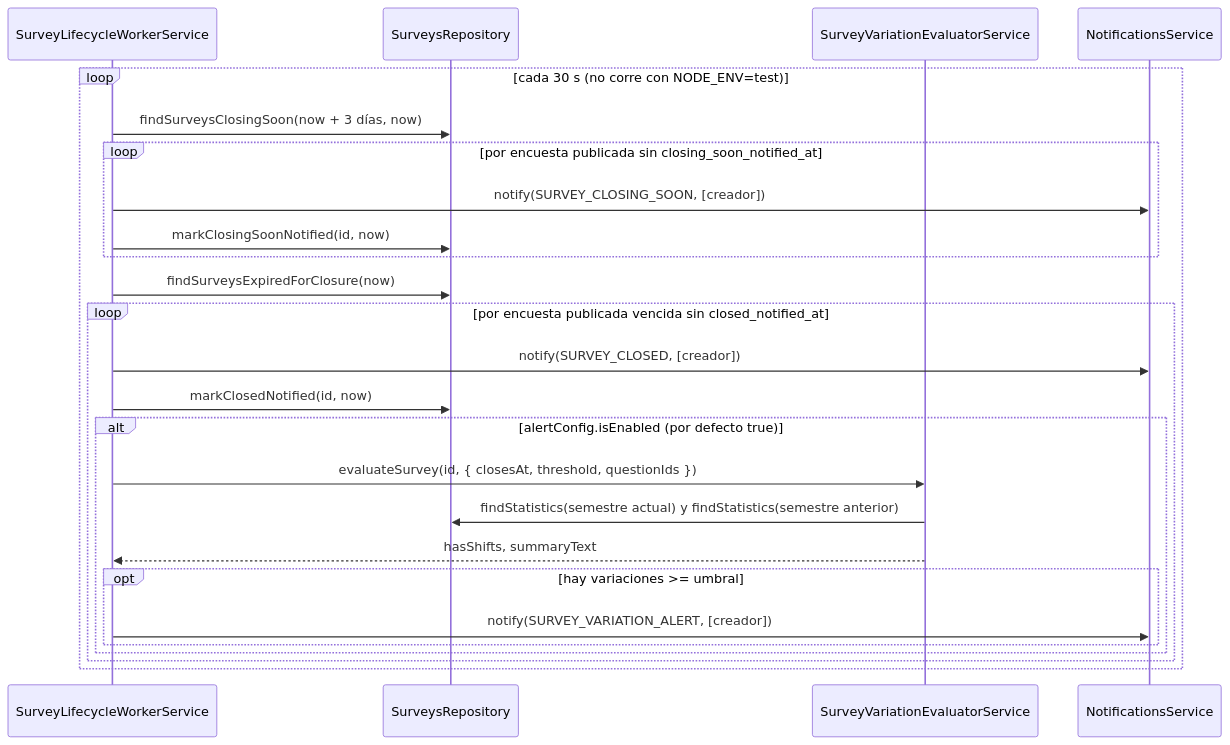
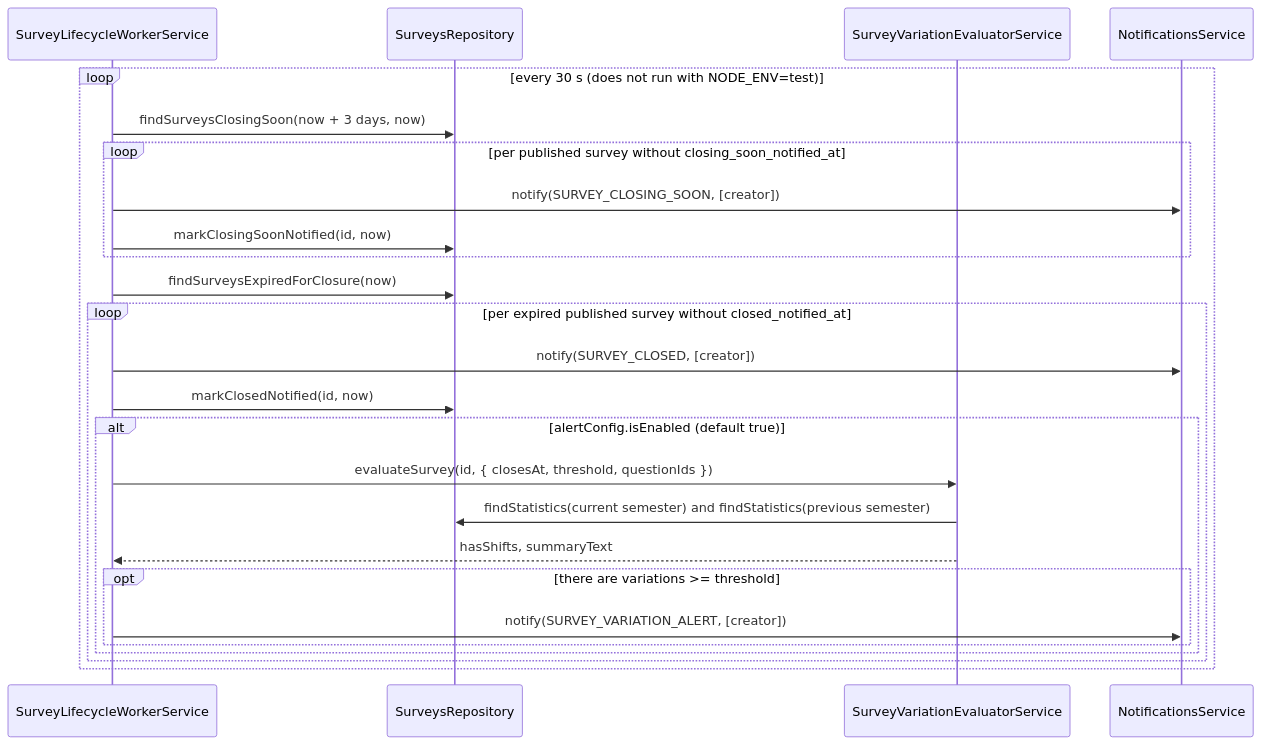
Before and after one commit to UMSSY/umssy-app: the third of 4 diagrams in docs/surveys/README.md, drawn with Mermaid. The commit also changed other lines of this file and 8 other files, not shown here.

````diff
--- a/docs/surveys/README.md
+++ b/docs/surveys/README.md
@@ -114,27 +114,27 @@
 ```mermaid
 sequenceDiagram
   participant W as SurveyLifecycleWorkerService
   participant R as SurveysRepository
   participant E as SurveyVariationEvaluatorService
   participant N as NotificationsService
-  loop cada 30 s (no corre con NODE_ENV=test)
-    W->>R: findSurveysClosingSoon(now + 3 días, now)
-    loop por encuesta publicada sin closing_soon_notified_at
-      W->>N: notify(SURVEY_CLOSING_SOON, [creador])
+  loop every 30 s (does not run with NODE_ENV=test)
+    W->>R: findSurveysClosingSoon(now + 3 days, now)
+    loop per published survey without closing_soon_notified_at
+      W->>N: notify(SURVEY_CLOSING_SOON, [creator])
       W->>R: markClosingSoonNotified(id, now)
     end
     W->>R: findSurveysExpiredForClosure(now)
-    loop por encuesta publicada vencida sin closed_notified_at
-      W->>N: notify(SURVEY_CLOSED, [creador])
+    loop per expired published survey without closed_notified_at
+      W->>N: notify(SURVEY_CLOSED, [creator])
       W->>R: markClosedNotified(id, now)
-      alt alertConfig.isEnabled (por defecto true)
+      alt alertConfig.isEnabled (default true)
         W->>E: evaluateSurvey(id, { closesAt, threshold, questionIds })
-        E->>R: findStatistics(semestre actual) y findStatistics(semestre anterior)
+        E->>R: findStatistics(current semester) and findStatistics(previous semester)
         E-->>W: hasShifts, summaryText
-        opt hay variaciones >= umbral
-          W->>N: notify(SURVEY_VARIATION_ALERT, [creador])
+        opt there are variations >= threshold
+          W->>N: notify(SURVEY_VARIATION_ALERT, [creator])
         end
       end
     end
   end
 ```
````
